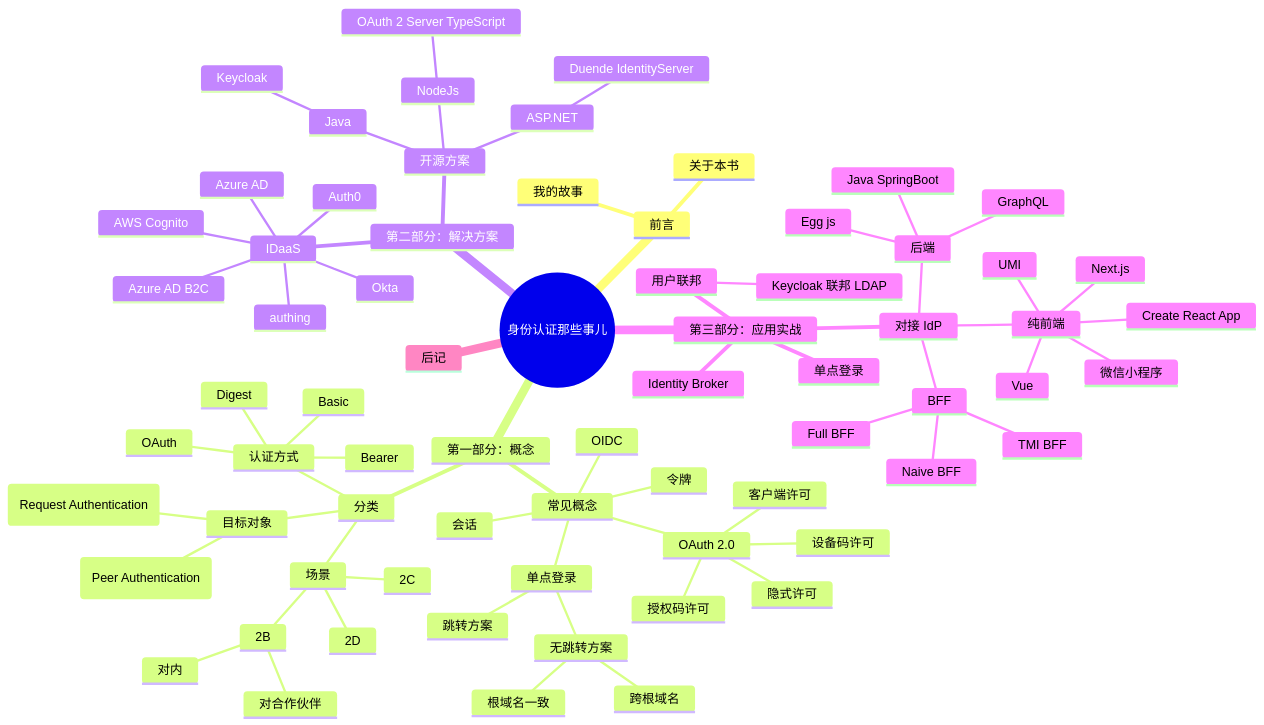
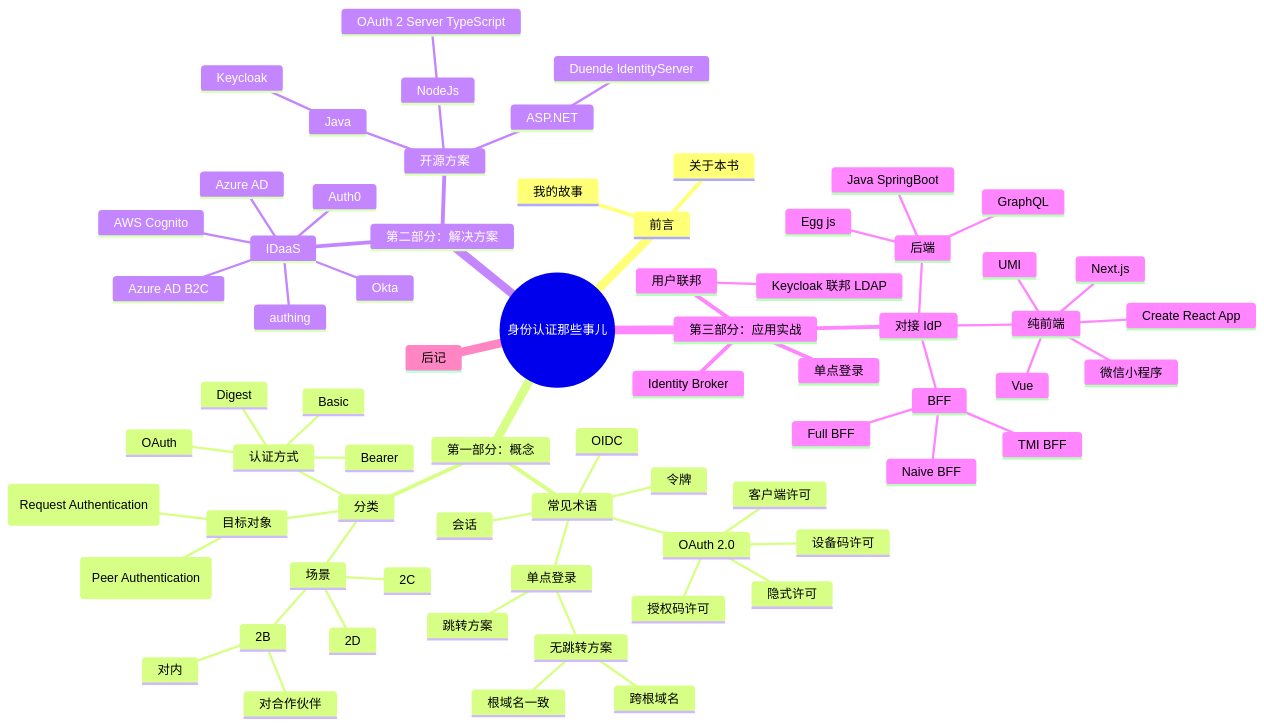
Before and after one commit to Jeff-Tian/AllAboutIdentity: the first of 2 diagrams in docs/idea.md, drawn with Mermaid. The commit also changed 1 other file, not shown here.

Commit message:
feat(UNI-124): update toc

````diff
--- a/docs/idea.md
+++ b/docs/idea.md
@@ -5,73 +5,73 @@
 ```mermaid
 mindmap
   root((身份认证那些事儿))
     前言
       我的故事
       关于本书
     第一部分：概念
-      常见概念
+      常见术语
         会话
         令牌
         OAuth 2.0
           授权码许可
           客户端许可
           隐式许可
           设备码许可
         OIDC
         单点登录
           跳转方案
           无跳转方案
             根域名一致
             跨根域名
       分类
         场景
           2B
             对内
             对合作伙伴
           2C
           2D
         目标对象
           机器 (Peer Authentication)
           人类 (Request Authentication)
         认证方式
           Basic
           Digest
           OAuth
           Bearer
     第二部分：解决方案
       IDaaS
         authing
         Okta
         Auth0
         Azure AD
         Azure AD B2C
         AWS Cognito
       开源方案
         Java
           Keycloak
         ASP.NET
           Duende IdentityServer
         NodeJs
           OAuth 2 Server TypeScript
     第三部分：应用实战
       对接 IdP
         纯前端
           UMI
           Next.js
           Create React App
           Vue
           微信小程序
         BFF
           Naive BFF
           TMI BFF
           Full BFF
         后端
           Java SpringBoot
           Egg js
           GraphQL
       用户联邦
         Keycloak 联邦 LDAP
       Identity Broker
       单点登录
     后记
 ```
````
